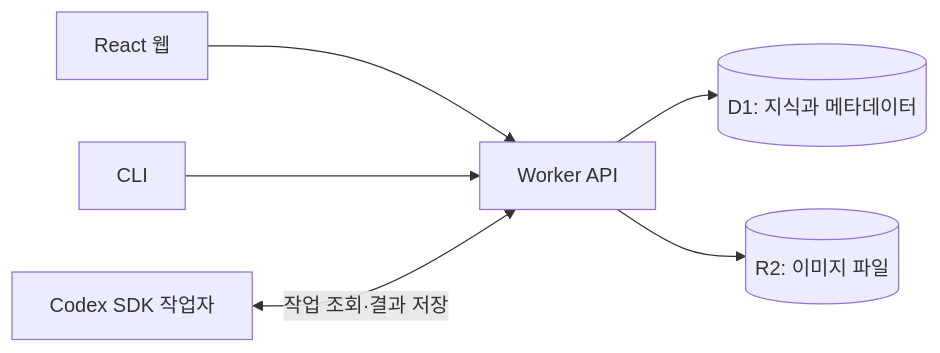
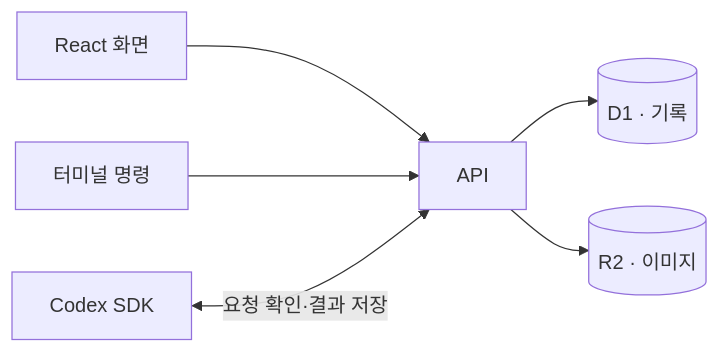
One commit to AAISSJ/synapse changed the diagram in README.md. Above: the diagram before and after it, drawn with Mermaid. The commit also changed other lines of this file and 1 other file, not shown here.

````diff
--- a/README.md
+++ b/README.md
@@ -36,8 +37,8 @@
 ```mermaid
 flowchart LR
-    Web[React 웹] --> API[Worker API]
-    CLI[CLI] --> API
-    Agent[Codex SDK 작업자] <-->|작업 조회·결과 저장| API
-    API --> DB[(D1: 지식과 메타데이터)]
-    API --> Files[(R2: 이미지 파일)]
+    Web[React 화면] --> API[API]
+    CLI[터미널 명령] --> API
+    Codex[Codex SDK] <-->|요청 확인·결과 저장| API
+    API --> D1[(D1 · 기록)]
+    API --> R2[(R2 · 이미지)]
 ```
````
